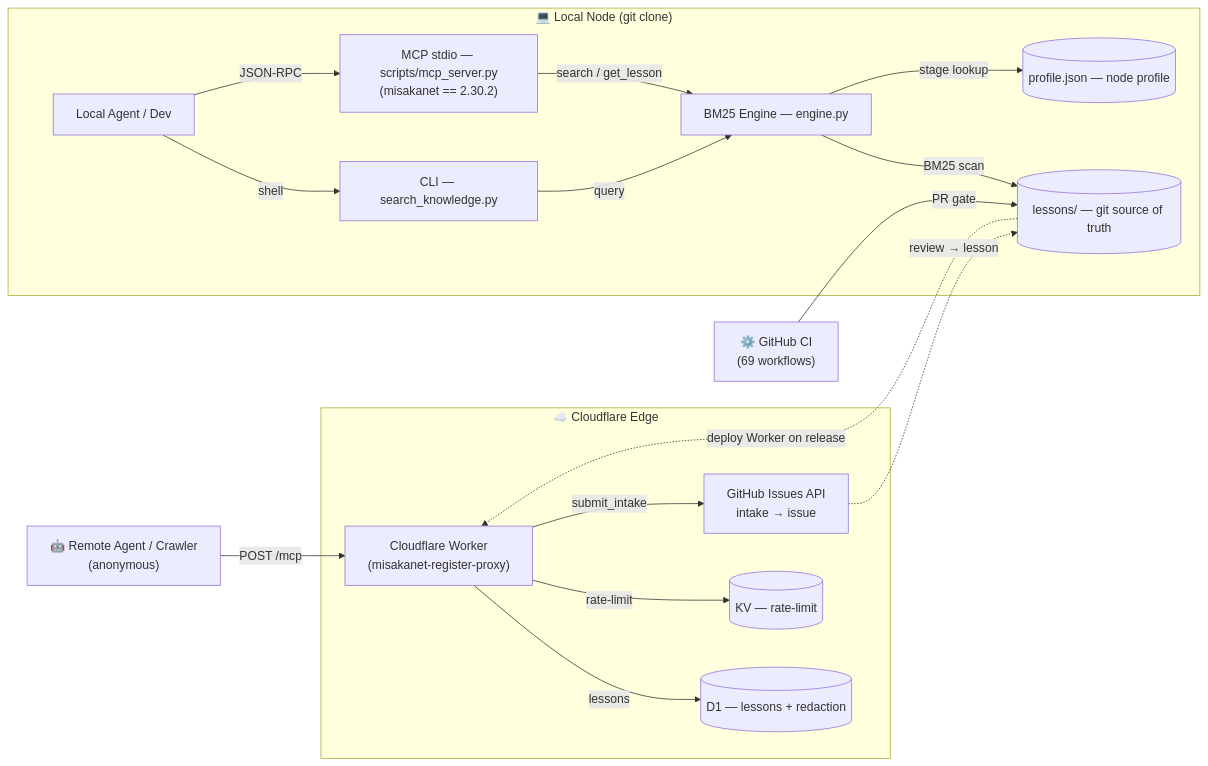
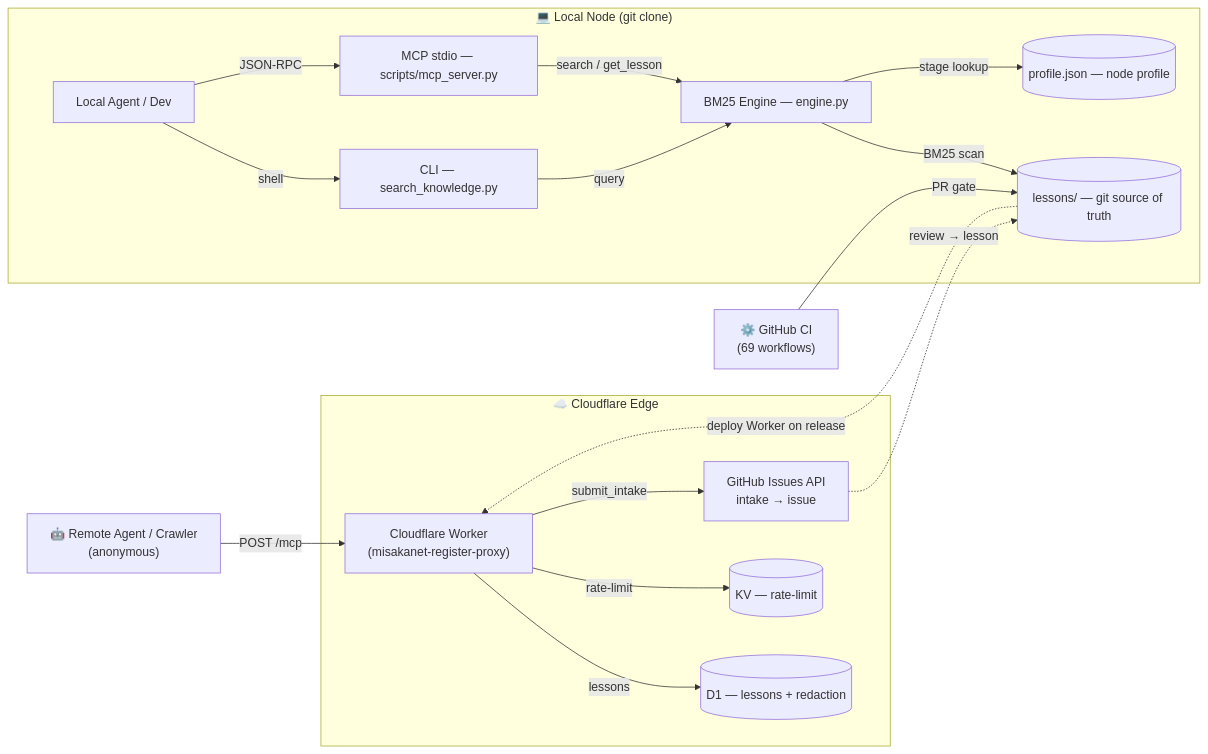
Before and after one commit to Ikalus1988/MisakaNet: the diagram in README.md, drawn with Mermaid. The commit also changed other lines of this file and 3 other files, not shown here.

````diff
--- a/README.md
+++ b/README.md
@@ -494,37 +500,37 @@
 ```mermaid
 flowchart LR
     subgraph Edge["☁️ Cloudflare Edge"]
         Worker["Cloudflare Worker<br/>(misakanet-register-proxy)"]
         D1[("D1 — lessons + redaction")]
         KV[("KV — rate-limit")]
         Intake["GitHub Issues API<br/>intake → issue"]
     end
 
     subgraph Local["💻 Local Node (git clone)"]
         User["Local Agent / Dev"]
         CLI["CLI — search_knowledge.py"]
-        MCP["MCP stdio — scripts/mcp_server.py<br/>(misakanet == 2.30.2)"]
+        MCP["MCP stdio — scripts/mcp_server.py"]
         Engine["BM25 Engine — engine.py"]
         Lessons[("lessons/ — git source of truth")]
         Profile[("profile.json — node profile")]
     end
 
     Crawler["🤖 Remote Agent / Crawler<br/>(anonymous)"]
     CI["⚙️ GitHub CI<br/>(69 workflows)"]
 
     Crawler -- "POST /mcp" --> Worker
     Worker -- "lessons" --> D1
     Worker -- "rate-limit" --> KV
     Worker -- "submit_intake" --> Intake
     Intake -. "review → lesson" .-> Lessons
 
     User -- "shell" --> CLI
     User -- "JSON-RPC" --> MCP
     CLI -- "query" --> Engine
     MCP -- "search / get_lesson" --> Engine
     Engine -- "BM25 scan" --> Lessons
     Engine -- "stage lookup" --> Profile
 
     CI -- "PR gate" --> Lessons
     Lessons -. "deploy Worker on release" .-> Worker
 ```
````
